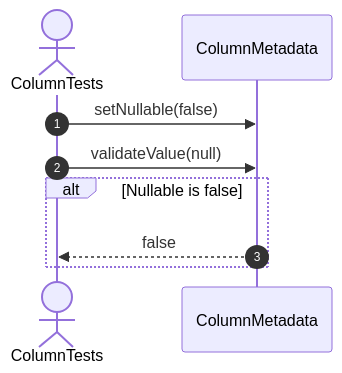
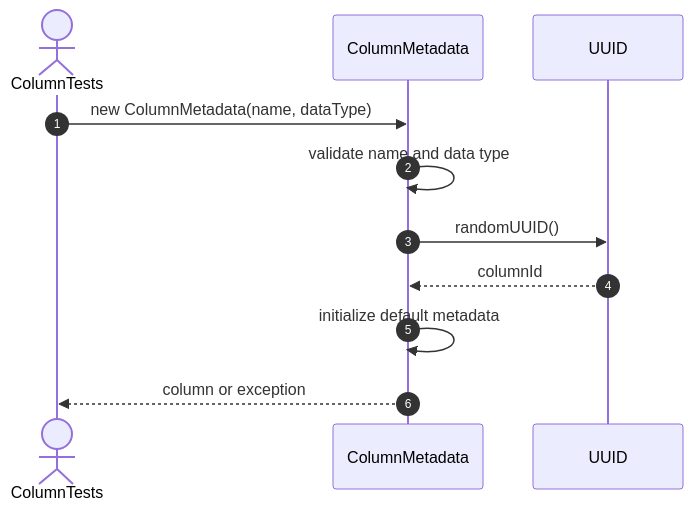
The ninth of 55 diagrams in src/tests/unit/metadata/sequences/columns-testing.se.md (FhuAnn/-bbv-AN-s-DBMS), drawn with Mermaid before and after one commit. The commit also changed other lines of this file and 9 other files, not shown here.

````diff
--- a/src/tests/unit/metadata/sequences/columns-testing.se.md
+++ b/src/tests/unit/metadata/sequences/columns-testing.se.md
@@ -116,13 +143,14 @@
 ```mermaid
 sequenceDiagram
     autonumber
     actor Test as ColumnTests
     participant Column as ColumnMetadata
+    participant UUID as UUID
 
-    Test->>Column: setNullable(false)
-    Test->>Column: validateValue(null)
-
-    alt Nullable is false
-        Column-->>Test: false
-    end
+    Test->>Column: new ColumnMetadata(name, dataType)
+    Column->>Column: validate name and data type
+    Column->>UUID: randomUUID()
+    UUID-->>Column: columnId
+    Column->>Column: initialize default metadata
+    Column-->>Test: column or exception
 ```
````
